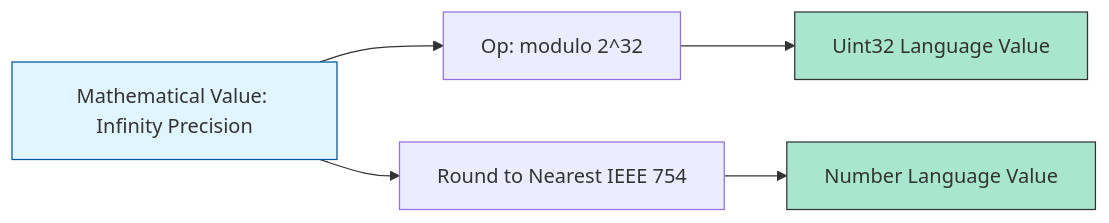
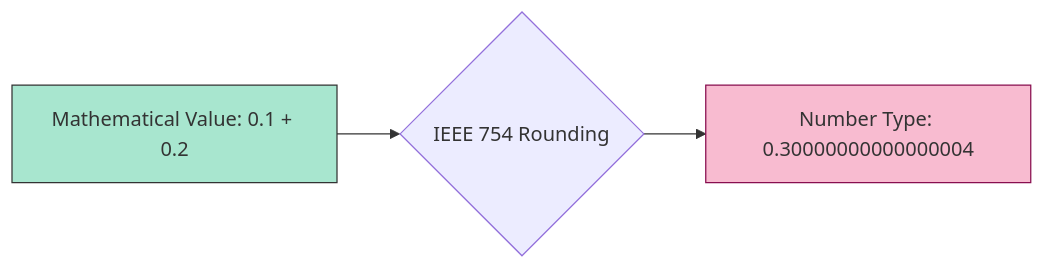
One commit to syahputrawork98-sketch/JavaScript-Learning-Hub changed the diagram in RAK-04-core-specification/SR-01-spec-algorithm-conventions/BK-03_SpecAlgorithmConventions/CH-04_SpecMath/README.md. Above: the diagram before and after it, drawn with Mermaid. The commit also changed other lines of this file and 30 other files, not shown here.

````diff
--- a/RAK-04-core-specification/SR-01-spec-algorithm-conventions/BK-03_SpecAlgorithmConventions/CH-04_SpecMath/README.md
+++ b/RAK-04-core-specification/SR-01-spec-algorithm-conventions/BK-03_SpecAlgorithmConventions/CH-04_SpecMath/README.md
@@ -23,12 +19,8 @@
 ```mermaid
 graph LR
-    Theory[Mathematical Value: Infinity Precision] --> Op1[Op: modulo 2^32]
-    Op1 --> Result[Uint32 Language Value]
+    MV[Mathematical Value: 0.1 + 0.2] --> Conv{IEEE 754 Rounding}
+    Conv --> Num[Number Type: 0.30000000000000004]
     
-    Theory --> Op2[Round to Nearest IEEE 754]
-    Op2 --> Result2[Number Language Value]
-    
-    style Theory fill:#e1f5fe,stroke:#01579b
-    style Result fill:#a8e6cf,stroke:#333
-    style Result2 fill:#a8e6cf,stroke:#333
+    style MV fill:#a8e6cf,stroke:#333
+    style Num fill:#f8bbd0,stroke:#880e4f
 ```
````
